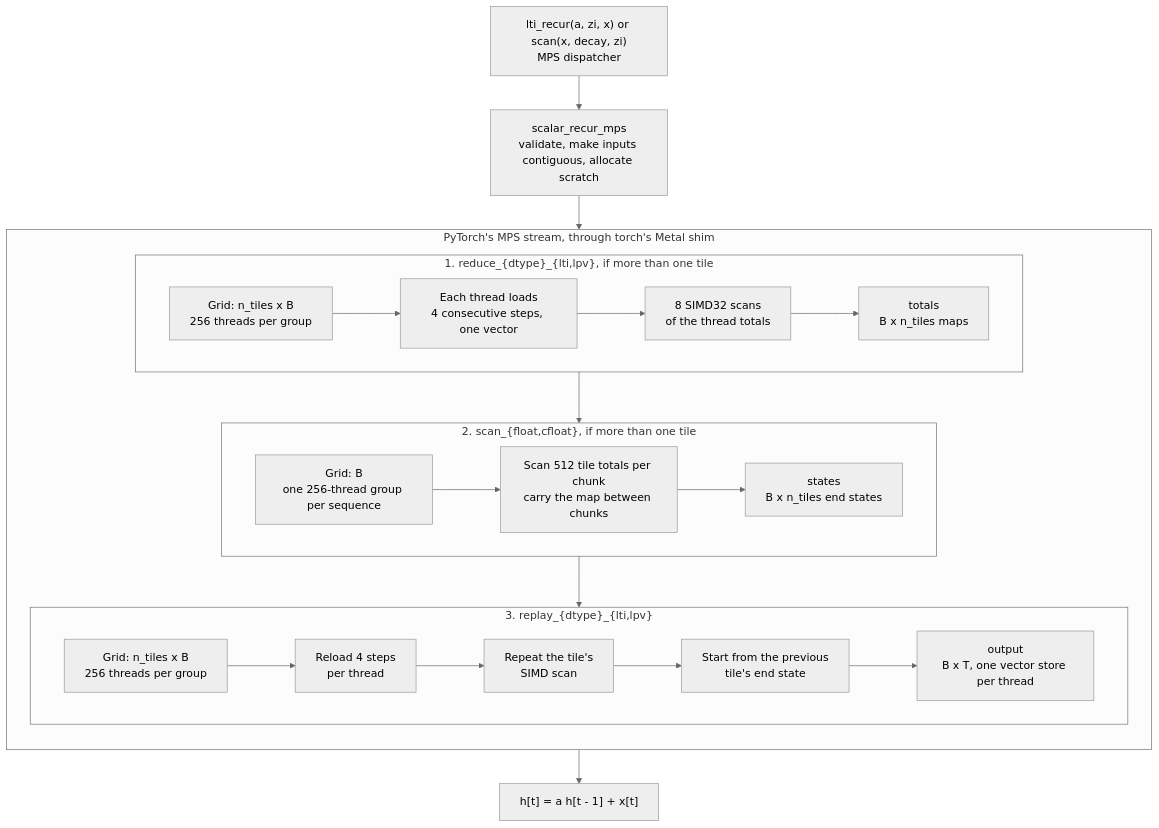
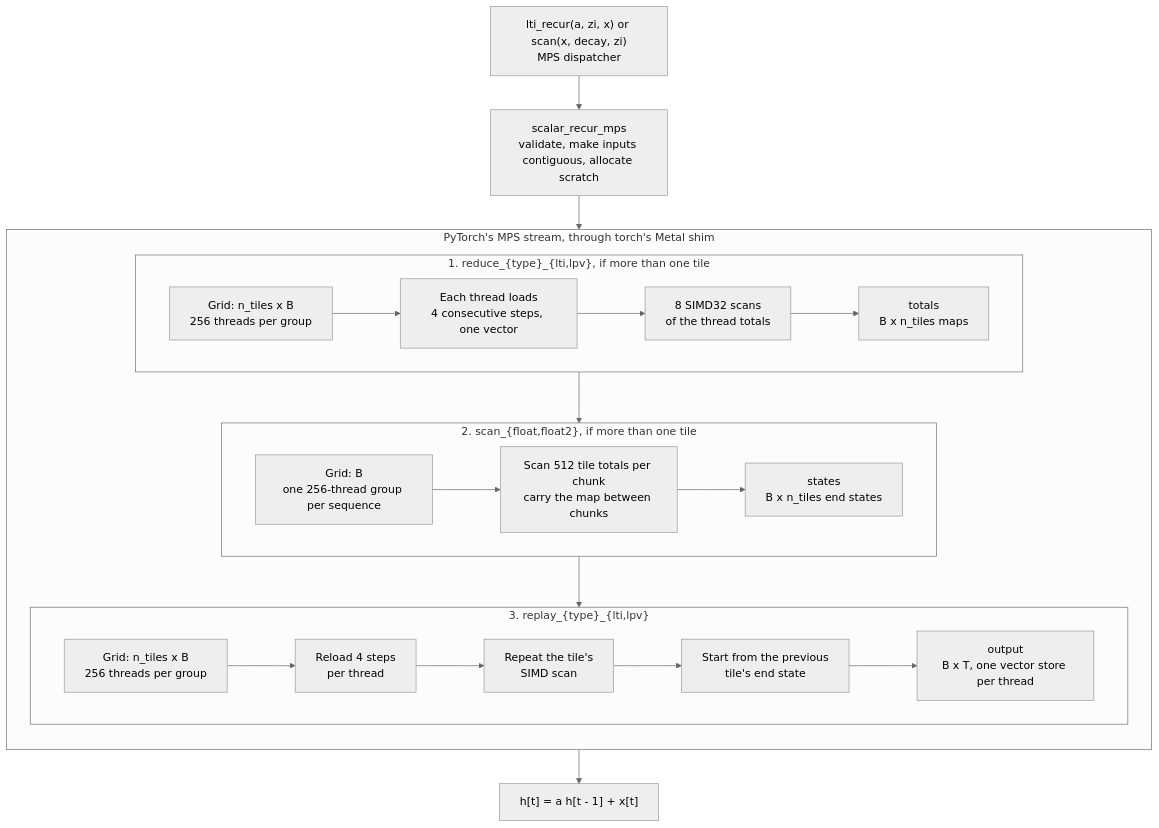
The diagram in philtorch/csrc/README.md (yoyolicoris/philtorch), drawn with Mermaid (neutral theme) before and after one commit. The commit also changed other lines of this file and 15 other files, not shown here.

First line of the commit message:
feat(csrc): Metal kernels of the recurrence of M states, LTI and LPV, on the stable ABI (#139)

````diff
--- a/philtorch/csrc/README.md
+++ b/philtorch/csrc/README.md
@@ -66,42 +71,42 @@
 ```mermaid
 flowchart TB
     opcall["lti_recur(a, zi, x) or scan(x, decay, zi)<br/>MPS dispatcher"]
     host["scalar_recur_mps<br/>validate, make inputs contiguous, allocate scratch"]
 
     subgraph command["PyTorch's MPS stream, through torch's Metal shim"]
         direction TB
 
-        subgraph stage1["1. reduce_{dtype}_{lti,lpv}, if more than one tile"]
+        subgraph stage1["1. reduce_{type}_{lti,lpv}, if more than one tile"]
             direction LR
             grid1["Grid: n_tiles x B<br/>256 threads per group"]
             load["Each thread loads<br/>4 consecutive steps, one vector"]
             simd["8 SIMD32 scans<br/>of the thread totals"]
             totals["totals<br/>B x n_tiles maps"]
             grid1 --> load --> simd --> totals
         end
 
-        subgraph stage2["2. scan_{float,cfloat}, if more than one tile"]
+        subgraph stage2["2. scan_{float,float2}, if more than one tile"]
             direction LR
             grid2["Grid: B<br/>one 256-thread group per sequence"]
             chunks["Scan 512 tile totals per chunk<br/>carry the map between chunks"]
             states["states<br/>B x n_tiles end states"]
             grid2 --> chunks --> states
         end
 
-        subgraph stage3["3. replay_{dtype}_{lti,lpv}"]
+        subgraph stage3["3. replay_{type}_{lti,lpv}"]
             direction LR
             grid3["Grid: n_tiles x B<br/>256 threads per group"]
             reload["Reload 4 steps<br/>per thread"]
             simd2["Repeat the tile's<br/>SIMD scan"]
             combine["Start from the previous<br/>tile's end state"]
             output["output<br/>B x T, one vector store per thread"]
             grid3 --> reload --> simd2 --> combine --> output
         end
 
         totals --> grid2
         states --> combine
     end
 
     opcall --> host --> grid1
     output --> result["h[t] = a h[t - 1] + x[t]"]
 ```
````
